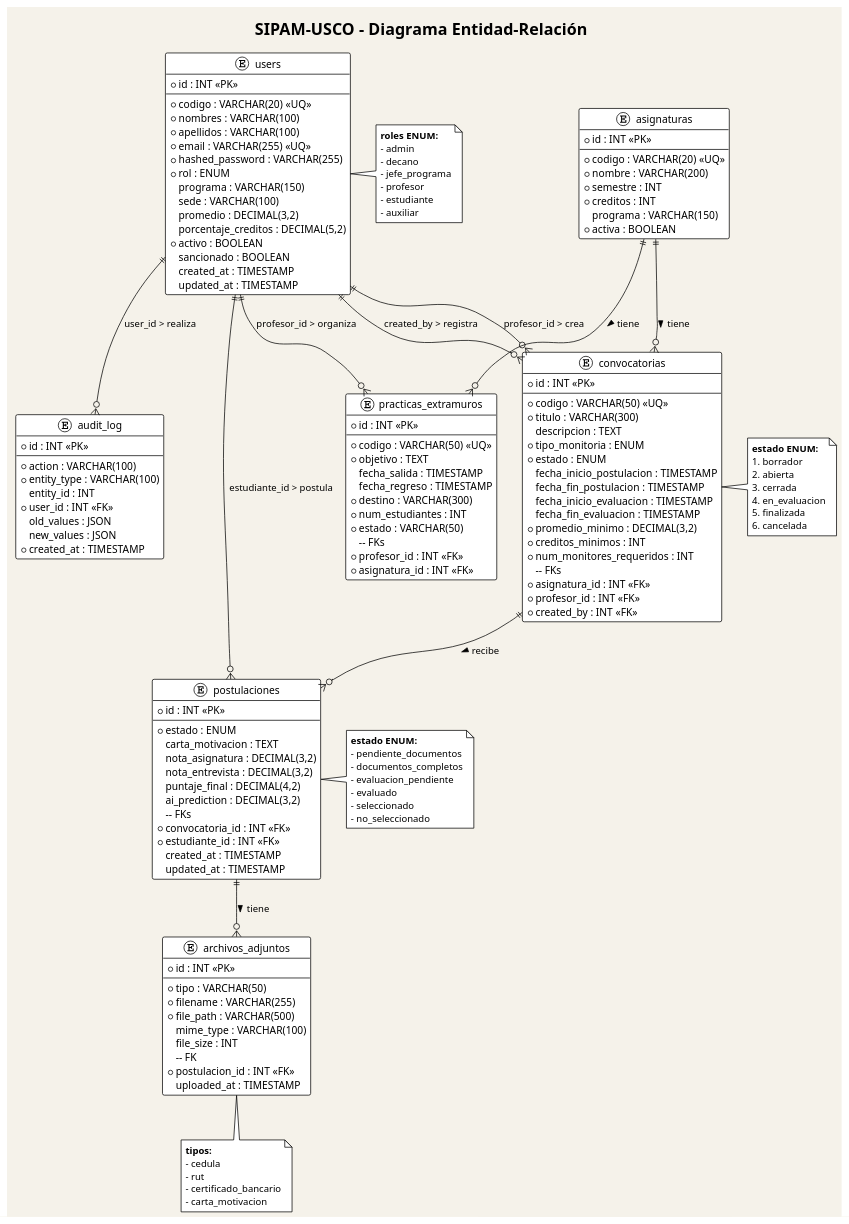
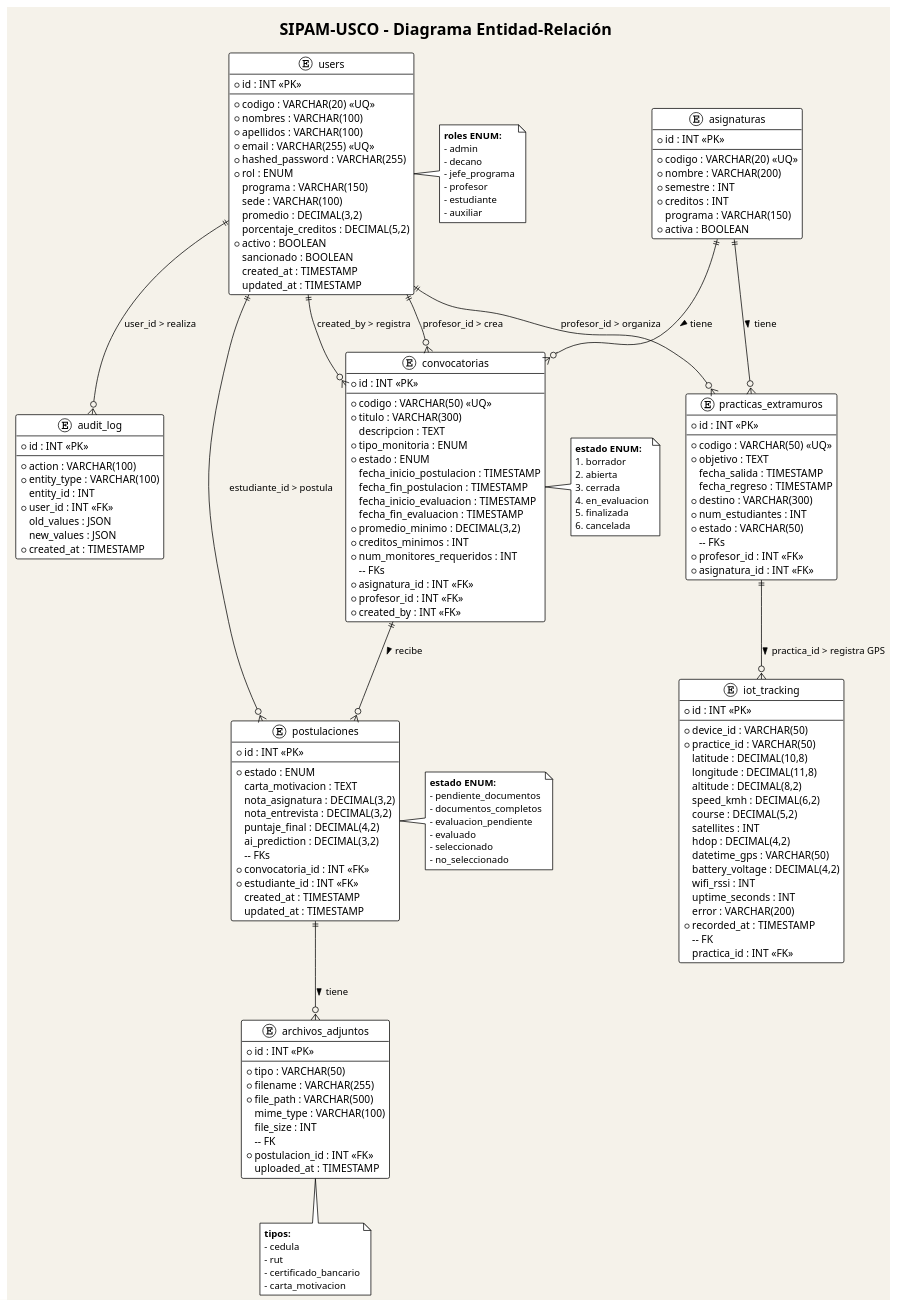
Before and after one commit to Krlitoxprz/SIPAM: the diagram in docs/diagrams/09_er_diagram.puml, drawn with PlantUML. The commit also changed 5 other files, not shown here.

```diff
--- a/docs/diagrams/09_er_diagram.puml
+++ b/docs/diagrams/09_er_diagram.puml
@@ -1,169 +1,193 @@
 @startuml SIPAM_ER_Diagram
 
 !theme plain
 skinparam backgroundColor #F5F2EA
 
 title SIPAM-USCO - Diagrama Entidad-Relación
 
 ' Entidades
 entity "users" as Users {
     * id : INT <<PK>>
     --
     * codigo : VARCHAR(20) <<UQ>>
     * nombres : VARCHAR(100)
     * apellidos : VARCHAR(100)
     * email : VARCHAR(255) <<UQ>>
     * hashed_password : VARCHAR(255)
     * rol : ENUM
     programa : VARCHAR(150)
     sede : VARCHAR(100)
     promedio : DECIMAL(3,2)
     porcentaje_creditos : DECIMAL(5,2)
     * activo : BOOLEAN
     sancionado : BOOLEAN
     created_at : TIMESTAMP
     updated_at : TIMESTAMP
 }
 
 entity "asignaturas" as Asignaturas {
     * id : INT <<PK>>
     --
     * codigo : VARCHAR(20) <<UQ>>
     * nombre : VARCHAR(200)
     * semestre : INT
     * creditos : INT
     programa : VARCHAR(150)
     * activa : BOOLEAN
 }
 
 entity "convocatorias" as Convocatorias {
     * id : INT <<PK>>
     --
     * codigo : VARCHAR(50) <<UQ>>
     * titulo : VARCHAR(300)
     descripcion : TEXT
     * tipo_monitoria : ENUM
     * estado : ENUM
     fecha_inicio_postulacion : TIMESTAMP
     fecha_fin_postulacion : TIMESTAMP
     fecha_inicio_evaluacion : TIMESTAMP
     fecha_fin_evaluacion : TIMESTAMP
     * promedio_minimo : DECIMAL(3,2)
     * creditos_minimos : INT
     * num_monitores_requeridos : INT
     -- FKs
     * asignatura_id : INT <<FK>>
     * profesor_id : INT <<FK>>
     * created_by : INT <<FK>>
 }
 
 entity "postulaciones" as Postulaciones {
     * id : INT <<PK>>
     --
     * estado : ENUM
     carta_motivacion : TEXT
     nota_asignatura : DECIMAL(3,2)
     nota_entrevista : DECIMAL(3,2)
     puntaje_final : DECIMAL(4,2)
     ai_prediction : DECIMAL(3,2)
     -- FKs
     * convocatoria_id : INT <<FK>>
     * estudiante_id : INT <<FK>>
     created_at : TIMESTAMP
     updated_at : TIMESTAMP
 }
 
 entity "archivos_adjuntos" as Archivos {
     * id : INT <<PK>>
     --
     * tipo : VARCHAR(50)
     * filename : VARCHAR(255)
     * file_path : VARCHAR(500)
     mime_type : VARCHAR(100)
     file_size : INT
     -- FK
     * postulacion_id : INT <<FK>>
     uploaded_at : TIMESTAMP
 }
 
 entity "practicas_extramuros" as Practicas {
     * id : INT <<PK>>
     --
     * codigo : VARCHAR(50) <<UQ>>
     * objetivo : TEXT
     fecha_salida : TIMESTAMP
     fecha_regreso : TIMESTAMP
     * destino : VARCHAR(300)
     * num_estudiantes : INT
     * estado : VARCHAR(50)
     -- FKs
     * profesor_id : INT <<FK>>
     * asignatura_id : INT <<FK>>
 }
 
 entity "audit_log" as AuditLog {
     * id : INT <<PK>>
     --
     * action : VARCHAR(100)
     * entity_type : VARCHAR(100)
     entity_id : INT
     * user_id : INT <<FK>>
     old_values : JSON
     new_values : JSON
     * created_at : TIMESTAMP
 }
 
+entity "iot_tracking" as IoTTracking {
+    * id : INT <<PK>>
+    --
+    * device_id : VARCHAR(50)
+    * practice_id : VARCHAR(50)
+    latitude : DECIMAL(10,8)
+    longitude : DECIMAL(11,8)
+    altitude : DECIMAL(8,2)
+    speed_kmh : DECIMAL(6,2)
+    course : DECIMAL(5,2)
+    satellites : INT
+    hdop : DECIMAL(4,2)
+    datetime_gps : VARCHAR(50)
+    battery_voltage : DECIMAL(4,2)
+    wifi_rssi : INT
+    uptime_seconds : INT
+    error : VARCHAR(200)
+    * recorded_at : TIMESTAMP
+    -- FK
+    practica_id : INT <<FK>>
+}
+
 ' Relaciones
 Users ||--o{ Convocatorias : "profesor_id > crea"
 Users ||--o{ Convocatorias : "created_by > registra"
 Users ||--o{ Postulaciones : "estudiante_id > postula"
 Users ||--o{ Practicas : "profesor_id > organiza"
 Users ||--o{ AuditLog : "user_id > realiza"
 
 Asignaturas ||--o{ Convocatorias : "tiene >"
 Asignaturas ||--o{ Practicas : "tiene >"
 
 Convocatorias ||--o{ Postulaciones : "recibe >"
 
 Postulaciones ||--o{ Archivos : "tiene >"
+
+Practicas ||--o{ IoTTracking : "practica_id > registra GPS >"
 
 ' Notas
 note right of Users
   **roles ENUM:**
   - admin
   - decano
   - jefe_programa
   - profesor
   - estudiante
   - auxiliar
 end note
 
 note right of Convocatorias
   **estado ENUM:**
   1. borrador
   2. abierta
   3. cerrada
   4. en_evaluacion
   5. finalizada
   6. cancelada
 end note
 
 note right of Postulaciones
   **estado ENUM:**
   - pendiente_documentos
   - documentos_completos
   - evaluacion_pendiente
   - evaluado
   - seleccionado
   - no_seleccionado
 end note
 
 note bottom of Archivos
   **tipos:**
   - cedula
   - rut
   - certificado_bancario
   - carta_motivacion
 end note
 
 @enduml
```
